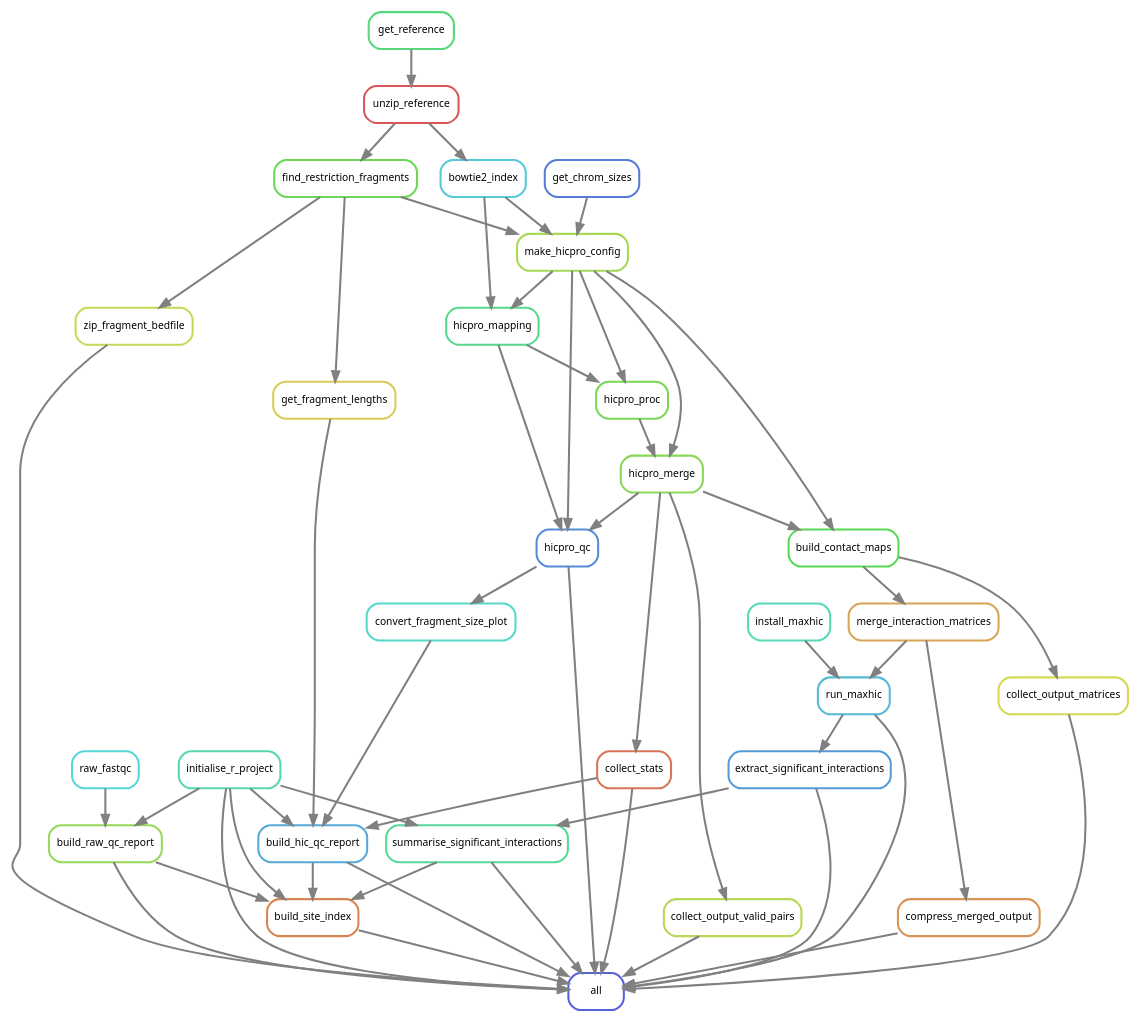
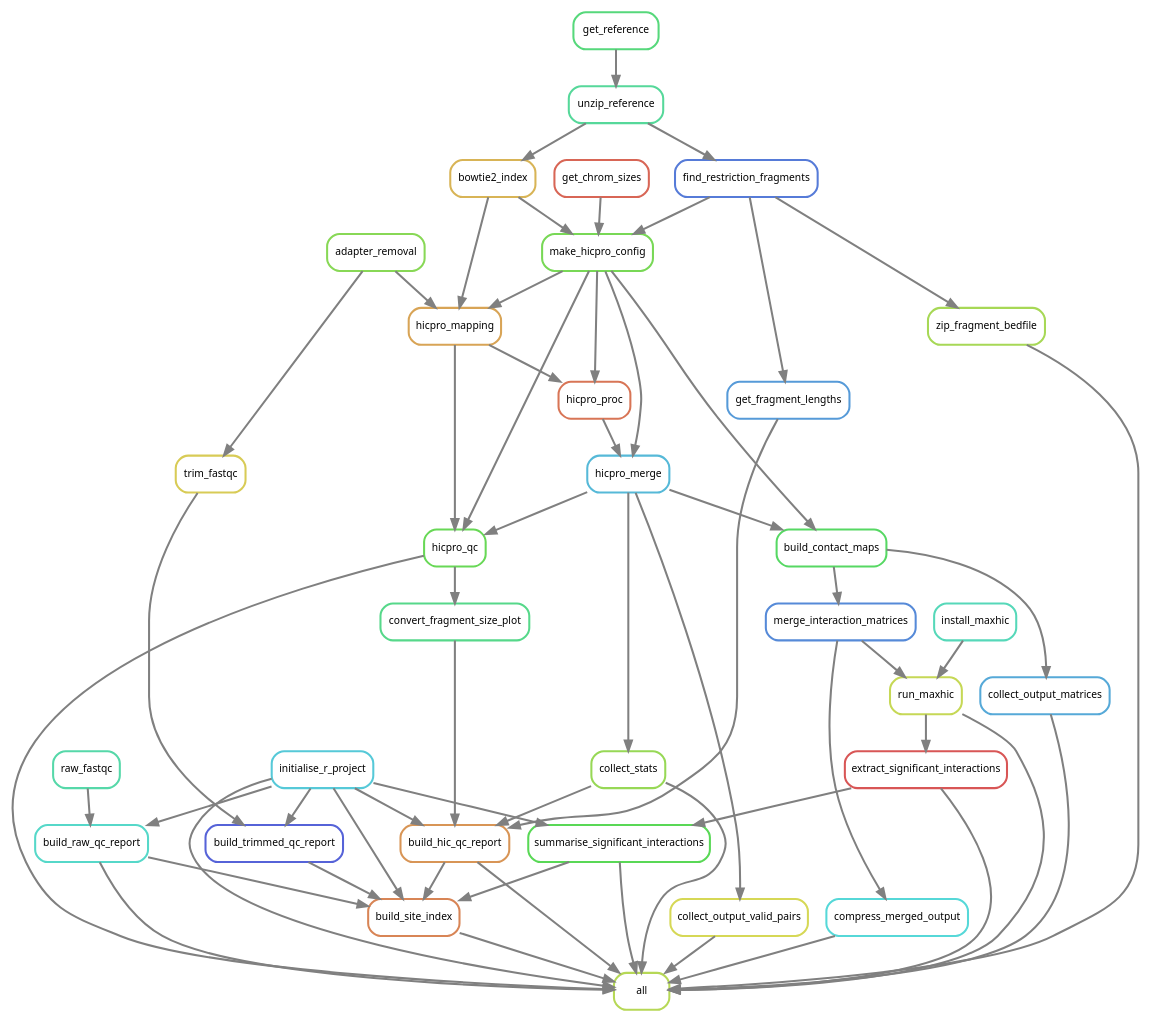
Before and after one commit to DRMCRL/MDA-MB-453-H3K27Ac-HiChIP: the diagram in rules/rulegraph.dot, drawn with Graphviz. The commit also changed 108 other files, not shown here.

```diff
--- a/rules/rulegraph.dot
+++ b/rules/rulegraph.dot
@@ -1,87 +1,95 @@
 digraph snakemake_dag {
     graph[bgcolor=white, margin=0];
     node[shape=box, style=rounded, fontname=sans,                 fontsize=10, penwidth=2];
     edge[penwidth=2, color=grey];
-	0[label = "all", color = "0.65 0.6 0.85", style="rounded"];
-	1[label = "zip_fragment_bedfile", color = "0.19 0.6 0.85", style="rounded"];
-	2[label = "find_restriction_fragments", color = "0.31 0.6 0.85", style="rounded"];
-	3[label = "unzip_reference", color = "0.00 0.6 0.85", style="rounded"];
+	0[label = "all", color = "0.21 0.6 0.85", style="rounded"];
+	1[label = "zip_fragment_bedfile", color = "0.23 0.6 0.85", style="rounded"];
+	2[label = "find_restriction_fragments", color = "0.62 0.6 0.85", style="rounded"];
+	3[label = "unzip_reference", color = "0.42 0.6 0.85", style="rounded"];
 	4[label = "get_reference", color = "0.38 0.6 0.85", style="rounded"];
-	5[label = "compress_merged_output", color = "0.08 0.6 0.85", style="rounded"];
-	6[label = "merge_interaction_matrices", color = "0.10 0.6 0.85", style="rounded"];
-	7[label = "build_contact_maps", color = "0.33 0.6 0.85", style="rounded"];
-	8[label = "make_hicpro_config", color = "0.23 0.6 0.85", style="rounded"];
-	9[label = "bowtie2_index", color = "0.52 0.6 0.85", style="rounded"];
-	10[label = "get_chrom_sizes", color = "0.62 0.6 0.85", style="rounded"];
-	11[label = "hicpro_merge", color = "0.27 0.6 0.85", style="rounded"];
-	12[label = "hicpro_proc", color = "0.29 0.6 0.85", style="rounded"];
-	13[label = "hicpro_mapping", color = "0.40 0.6 0.85", style="rounded"];
-	14[label = "collect_output_valid_pairs", color = "0.21 0.6 0.85", style="rounded"];
-	15[label = "collect_output_matrices", color = "0.17 0.6 0.85", style="rounded"];
-	16[label = "collect_stats", color = "0.04 0.6 0.85", style="rounded"];
-	17[label = "hicpro_qc", color = "0.60 0.6 0.85", style="rounded"];
-	18[label = "run_maxhic", color = "0.54 0.6 0.85", style="rounded"];
-	19[label = "install_maxhic", color = "0.46 0.6 0.85", style="rounded"];
-	20[label = "extract_significant_interactions", color = "0.58 0.6 0.85", style="rounded"];
-	21[label = "initialise_r_project", color = "0.44 0.6 0.85", style="rounded"];
-	22[label = "build_site_index", color = "0.06 0.6 0.85", style="rounded"];
-	23[label = "build_raw_qc_report", color = "0.25 0.6 0.85", style="rounded"];
-	24[label = "raw_fastqc", color = "0.50 0.6 0.85", style="rounded"];
-	25[label = "build_hic_qc_report", color = "0.56 0.6 0.85", style="rounded"];
-	26[label = "get_fragment_lengths", color = "0.15 0.6 0.85", style="rounded"];
-	27[label = "convert_fragment_size_plot", color = "0.48 0.6 0.85", style="rounded"];
-	28[label = "summarise_significant_interactions", color = "0.42 0.6 0.85", style="rounded"];
-	15 -> 0
-	28 -> 0
-	16 -> 0
-	1 -> 0
-	21 -> 0
-	22 -> 0
-	14 -> 0
+	5[label = "compress_merged_output", color = "0.50 0.6 0.85", style="rounded"];
+	6[label = "merge_interaction_matrices", color = "0.60 0.6 0.85", style="rounded"];
+	7[label = "build_contact_maps", color = "0.35 0.6 0.85", style="rounded"];
+	8[label = "make_hicpro_config", color = "0.29 0.6 0.85", style="rounded"];
+	9[label = "bowtie2_index", color = "0.12 0.6 0.85", style="rounded"];
+	10[label = "get_chrom_sizes", color = "0.02 0.6 0.85", style="rounded"];
+	11[label = "hicpro_merge", color = "0.54 0.6 0.85", style="rounded"];
+	12[label = "hicpro_proc", color = "0.04 0.6 0.85", style="rounded"];
+	13[label = "hicpro_mapping", color = "0.10 0.6 0.85", style="rounded"];
+	14[label = "adapter_removal", color = "0.27 0.6 0.85", style="rounded"];
+	15[label = "collect_output_valid_pairs", color = "0.17 0.6 0.85", style="rounded"];
+	16[label = "collect_output_matrices", color = "0.56 0.6 0.85", style="rounded"];
+	17[label = "collect_stats", color = "0.25 0.6 0.85", style="rounded"];
+	18[label = "hicpro_qc", color = "0.31 0.6 0.85", style="rounded"];
+	19[label = "run_maxhic", color = "0.19 0.6 0.85", style="rounded"];
+	20[label = "install_maxhic", color = "0.46 0.6 0.85", style="rounded"];
+	21[label = "extract_significant_interactions", color = "0.00 0.6 0.85", style="rounded"];
+	22[label = "initialise_r_project", color = "0.52 0.6 0.85", style="rounded"];
+	23[label = "build_site_index", color = "0.06 0.6 0.85", style="rounded"];
+	24[label = "build_raw_qc_report", color = "0.48 0.6 0.85", style="rounded"];
+	25[label = "raw_fastqc", color = "0.44 0.6 0.85", style="rounded"];
+	26[label = "build_hic_qc_report", color = "0.08 0.6 0.85", style="rounded"];
+	27[label = "get_fragment_lengths", color = "0.58 0.6 0.85", style="rounded"];
+	28[label = "convert_fragment_size_plot", color = "0.40 0.6 0.85", style="rounded"];
+	29[label = "build_trimmed_qc_report", color = "0.65 0.6 0.85", style="rounded"];
+	30[label = "trim_fastqc", color = "0.15 0.6 0.85", style="rounded"];
+	31[label = "summarise_significant_interactions", color = "0.33 0.6 0.85", style="rounded"];
 	5 -> 0
 	18 -> 0
+	21 -> 0
 	23 -> 0
-	25 -> 0
-	20 -> 0
+	31 -> 0
+	26 -> 0
+	22 -> 0
 	17 -> 0
+	16 -> 0
+	19 -> 0
+	1 -> 0
+	24 -> 0
+	15 -> 0
 	2 -> 1
 	3 -> 2
 	4 -> 3
 	6 -> 5
 	7 -> 6
 	8 -> 7
 	11 -> 7
 	10 -> 8
+	2 -> 8
 	9 -> 8
-	2 -> 8
 	3 -> 9
 	8 -> 11
 	12 -> 11
 	8 -> 12
 	13 -> 12
+	14 -> 13
 	8 -> 13
 	9 -> 13
-	11 -> 14
-	7 -> 15
-	11 -> 16
-	8 -> 17
-	13 -> 17
+	11 -> 15
+	7 -> 16
 	11 -> 17
-	19 -> 18
-	6 -> 18
-	18 -> 20
-	25 -> 22
-	23 -> 22
-	21 -> 22
-	28 -> 22
+	8 -> 18
+	13 -> 18
+	11 -> 18
+	6 -> 19
+	20 -> 19
+	19 -> 21
+	31 -> 23
+	26 -> 23
+	22 -> 23
+	29 -> 23
 	24 -> 23
-	21 -> 23
-	16 -> 25
-	26 -> 25
-	21 -> 25
-	27 -> 25
-	2 -> 26
-	17 -> 27
-	20 -> 28
-	21 -> 28
+	22 -> 24
+	25 -> 24
+	27 -> 26
+	22 -> 26
+	17 -> 26
+	28 -> 26
+	2 -> 27
+	18 -> 28
+	30 -> 29
+	22 -> 29
+	14 -> 30
+	22 -> 31
+	21 -> 31
 }            
```
